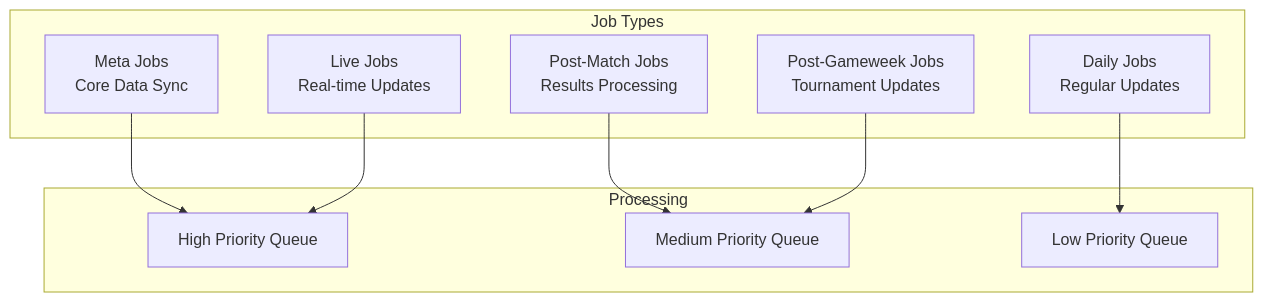
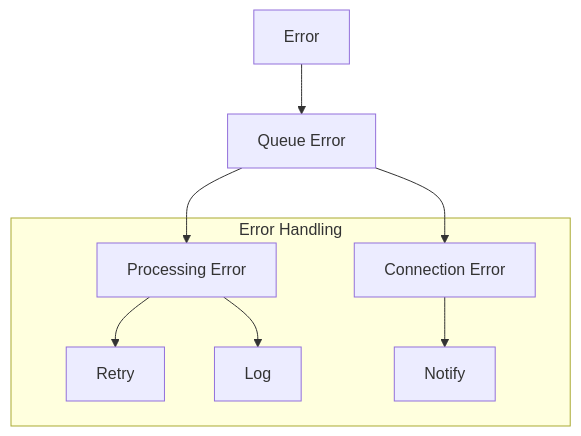
Before and after one commit to tonglam/letletme_data: the sixth of 8 diagrams in documentation/design/Queue_Layer_Design.md, drawn with Mermaid. The commit also changed other lines of this file and 15 other files, not shown here.

First line of the commit message:
Refactor API and Service Layers with Enhanced Type Safety and Error Handling

````diff
--- a/documentation/design/Queue_Layer_Design.md
+++ b/documentation/design/Queue_Layer_Design.md
@@ -140,20 +187,16 @@
 ```mermaid
-graph TB
-    subgraph Job Types
-        M[Meta Jobs<br>Core Data Sync]
-        L[Live Jobs<br>Real-time Updates]
-        PM[Post-Match Jobs<br>Results Processing]
-        PG[Post-Gameweek Jobs<br>Tournament Updates]
-        D[Daily Jobs<br>Regular Updates]
+graph TD
+    E[Error] --> QE[Queue Error]
+    QE --> PE[Processing Error]
+    QE --> CE[Connection Error]
+
+    subgraph Error Handling
+        R[Retry]
+        L[Log]
+        N[Notify]
+
+        PE --> R
+        PE --> L
+        CE --> N
     end
-
-    subgraph Processing
-        HP[High Priority Queue]
-        MP[Medium Priority Queue]
-        LP[Low Priority Queue]
-    end
-
-    M & L --> HP
-    PM & PG --> MP
-    D --> LP
 ```
````
